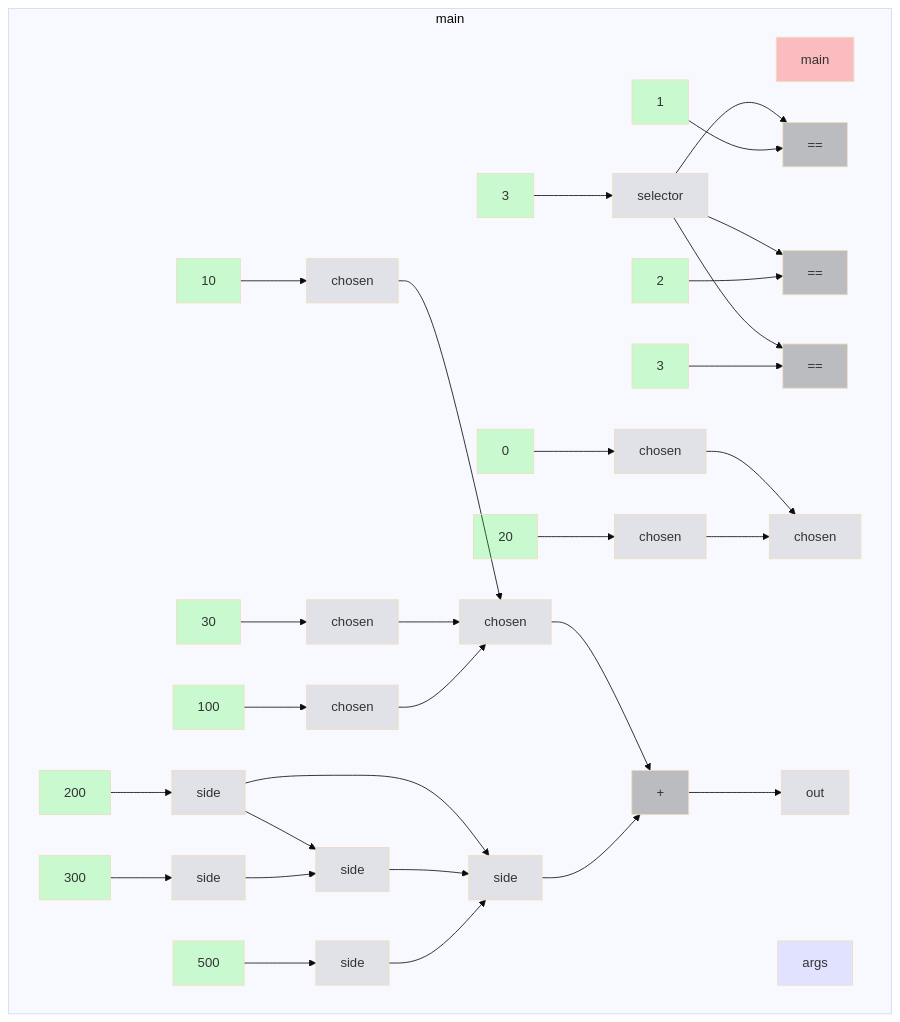
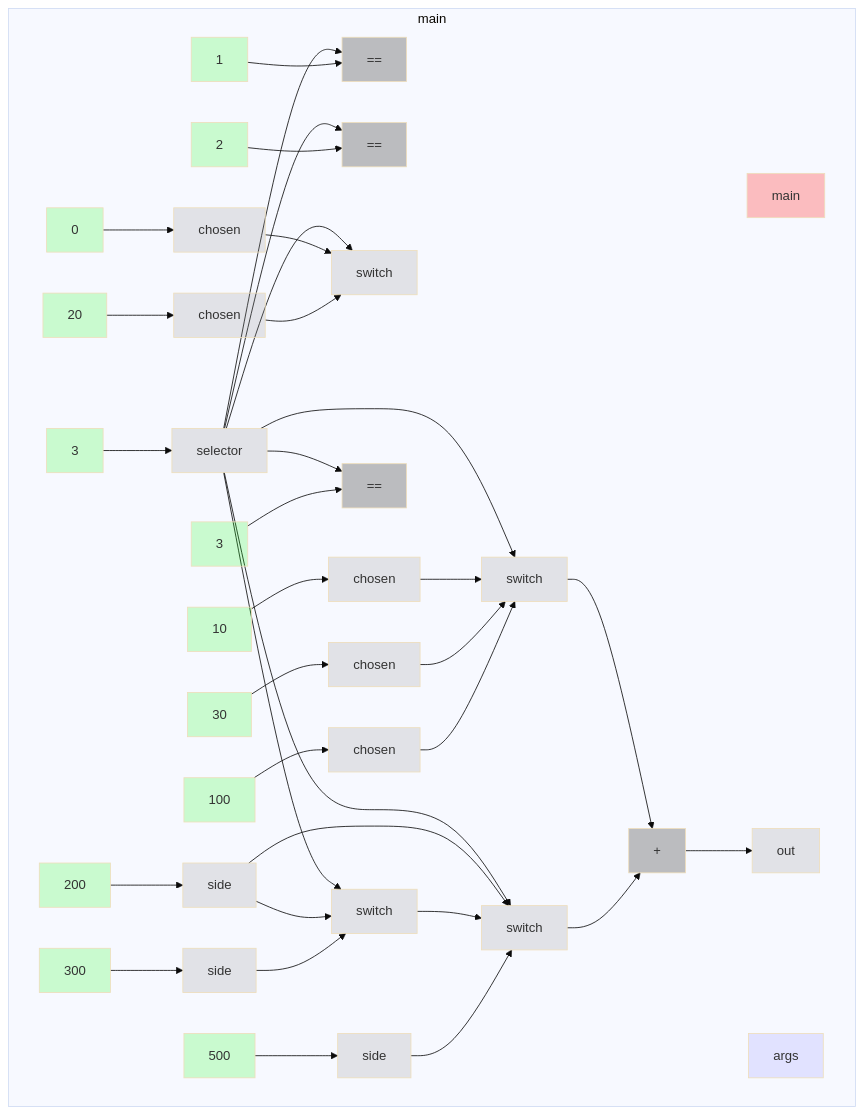
One commit to gstiebler/codeflow changed the diagram in app/src/test/resources/switchStatement/truth.md. Above: the diagram before and after it, drawn with Mermaid (base theme). The commit also changed 11 other files, not shown here.

````diff
--- a/app/src/test/resources/switchStatement/truth.md
+++ b/app/src/test/resources/switchStatement/truth.md
@@ -1,72 +1,76 @@
 ```mermaid
 flowchart TD
   subgraph b0["main"]
     n1[main]:::RETURN
     n2[args]:::FUNC_PARAM
     n3[3]:::LITERAL
     n4[selector]:::VARIABLE
     n5[0]:::LITERAL
     n6[chosen]:::VARIABLE
     n7[200]:::LITERAL
     n8[side]:::VARIABLE
     n9[1]:::LITERAL
     n10[==]:::BIN_OP
     n11[10]:::LITERAL
     n12[chosen]:::VARIABLE
     n13[2]:::LITERAL
     n14[==]:::BIN_OP
     n15[20]:::LITERAL
     n16[chosen]:::VARIABLE
     n17[300]:::LITERAL
     n18[side]:::VARIABLE
-    n19[chosen]:::VARIABLE
-    n20[side]:::VARIABLE
+    n19[switch]:::VARIABLE
+    n20[switch]:::VARIABLE
     n21[3]:::LITERAL
     n22[==]:::BIN_OP
     n23[30]:::LITERAL
     n24[chosen]:::VARIABLE
     n25[100]:::LITERAL
     n26[chosen]:::VARIABLE
     n27[500]:::LITERAL
     n28[side]:::VARIABLE
-    n29[chosen]:::VARIABLE
-    n30[side]:::VARIABLE
+    n29[switch]:::VARIABLE
+    n30[switch]:::VARIABLE
     n31[+]:::BIN_OP
     n32[out]:::VARIABLE
     n3[3]:::LITERAL --> n4[selector]:::VARIABLE
     n4[selector]:::VARIABLE --> n10[==]:::BIN_OP
     n4[selector]:::VARIABLE --> n14[==]:::BIN_OP
+    n4[selector]:::VARIABLE --> n19[switch]:::VARIABLE
+    n4[selector]:::VARIABLE --> n20[switch]:::VARIABLE
     n4[selector]:::VARIABLE --> n22[==]:::BIN_OP
+    n4[selector]:::VARIABLE --> n29[switch]:::VARIABLE
+    n4[selector]:::VARIABLE --> n30[switch]:::VARIABLE
     n5[0]:::LITERAL --> n6[chosen]:::VARIABLE
-    n6[chosen]:::VARIABLE --> n19[chosen]:::VARIABLE
+    n6[chosen]:::VARIABLE --> n19[switch]:::VARIABLE
     n7[200]:::LITERAL --> n8[side]:::VARIABLE
-    n8[side]:::VARIABLE --> n20[side]:::VARIABLE
-    n8[side]:::VARIABLE --> n30[side]:::VARIABLE
+    n8[side]:::VARIABLE --> n20[switch]:::VARIABLE
+    n8[side]:::VARIABLE --> n30[switch]:::VARIABLE
     n9[1]:::LITERAL --> n10[==]:::BIN_OP
     n11[10]:::LITERAL --> n12[chosen]:::VARIABLE
-    n12[chosen]:::VARIABLE --> n29[chosen]:::VARIABLE
+    n12[chosen]:::VARIABLE --> n29[switch]:::VARIABLE
     n13[2]:::LITERAL --> n14[==]:::BIN_OP
     n15[20]:::LITERAL --> n16[chosen]:::VARIABLE
-    n16[chosen]:::VARIABLE --> n19[chosen]:::VARIABLE
+    n16[chosen]:::VARIABLE --> n19[switch]:::VARIABLE
     n17[300]:::LITERAL --> n18[side]:::VARIABLE
-    n18[side]:::VARIABLE --> n20[side]:::VARIABLE
-    n20[side]:::VARIABLE --> n30[side]:::VARIABLE
+    n18[side]:::VARIABLE --> n20[switch]:::VARIABLE
+    n20[switch]:::VARIABLE --> n30[switch]:::VARIABLE
     n21[3]:::LITERAL --> n22[==]:::BIN_OP
     n23[30]:::LITERAL --> n24[chosen]:::VARIABLE
-    n24[chosen]:::VARIABLE --> n29[chosen]:::VARIABLE
+    n24[chosen]:::VARIABLE --> n29[switch]:::VARIABLE
     n25[100]:::LITERAL --> n26[chosen]:::VARIABLE
-    n26[chosen]:::VARIABLE --> n29[chosen]:::VARIABLE
+    n26[chosen]:::VARIABLE --> n29[switch]:::VARIABLE
     n27[500]:::LITERAL --> n28[side]:::VARIABLE
-    n28[side]:::VARIABLE --> n30[side]:::VARIABLE
-    n29[chosen]:::VARIABLE --> n31[+]:::BIN_OP
-    n30[side]:::VARIABLE --> n31[+]:::BIN_OP
+    n28[side]:::VARIABLE --> n30[switch]:::VARIABLE
+    n29[switch]:::VARIABLE --> n31[+]:::BIN_OP
+    n30[switch]:::VARIABLE --> n31[+]:::BIN_OP
     n31[+]:::BIN_OP --> n32[out]:::VARIABLE
   end
   classDef LITERAL fill:#00FF0030
   classDef VARIABLE fill:#80808030
   classDef BIN_OP fill:#80808080
   classDef FUNC_PARAM fill:#8080FF30
   classDef RETURN fill:#FF808080
   classDef EXTERNAL fill:#FFA50040
   classDef UNMODELLED fill:#FF000030,stroke-dasharray: 4 2
 ```
````
